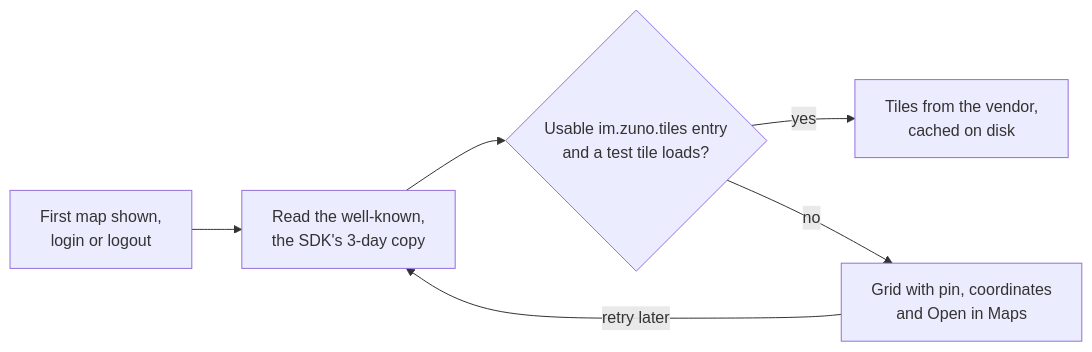
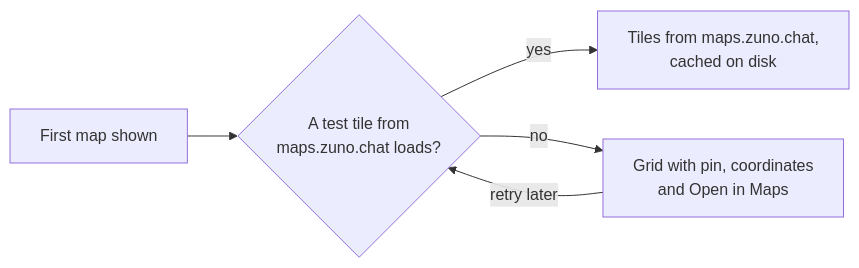
One commit to Zuno-Chat/zuno-chat changed the first of 2 diagrams in docs/features/location-sharing.md. Above: the diagram before and after it, drawn with Mermaid. The commit also changed other lines of this file and 7 other files, not shown here.

Commit message:
chore: map tiles come from maps.zuno.chat for every homeserver; test: one tile source for every account; docs: the maps.zuno.chat tile proxy

````diff
--- a/docs/features/location-sharing.md
+++ b/docs/features/location-sharing.md
@@ -28,8 +29,7 @@
 ```mermaid
 flowchart LR
-  A["First map shown,<br>login or logout"] --> B["Read the well-known,<br>the SDK's 3-day copy"]
-  B --> C{"Usable im.zuno.tiles entry<br>and a test tile loads?"}
-  C -- yes --> D["Tiles from the vendor,<br>cached on disk"]
-  C -- no --> E["Grid with pin, coordinates<br>and Open in Maps"]
+  A["First map shown"] --> B{"A test tile from<br>maps.zuno.chat loads?"}
+  B -- yes --> D["Tiles from maps.zuno.chat,<br>cached on disk"]
+  B -- no --> E["Grid with pin, coordinates<br>and Open in Maps"]
   E -- retry later --> B
 ```
````
